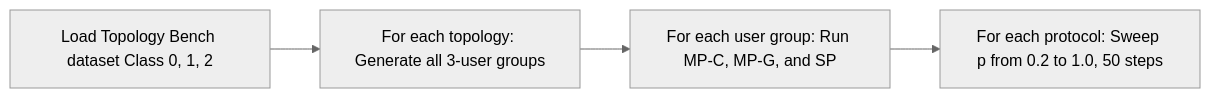
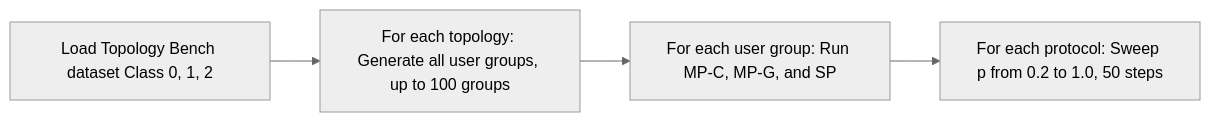
The second of 4 diagrams in code_understanding/graph_manager.md (aoa1213/process-update), drawn with Mermaid (neutral theme) before and after one commit.

````diff
--- a/code_understanding/graph_manager.md
+++ b/code_understanding/graph_manager.md
@@ -28,9 +28,9 @@
 ```mermaid 
 flowchart LR
     A[Load Topology Bench dataset Class 0, 1, 2]
-    B[For each topology: Generate all 3-user groups]
+    B[For each topology: Generate all user groups, up to 100 groups]
     C[For each user group: Run MP-C, MP-G, and SP]
     D[For each protocol: Sweep p from 0.2 to 1.0, 50 steps]
 
     A --> B --> C --> D
 ```
````
